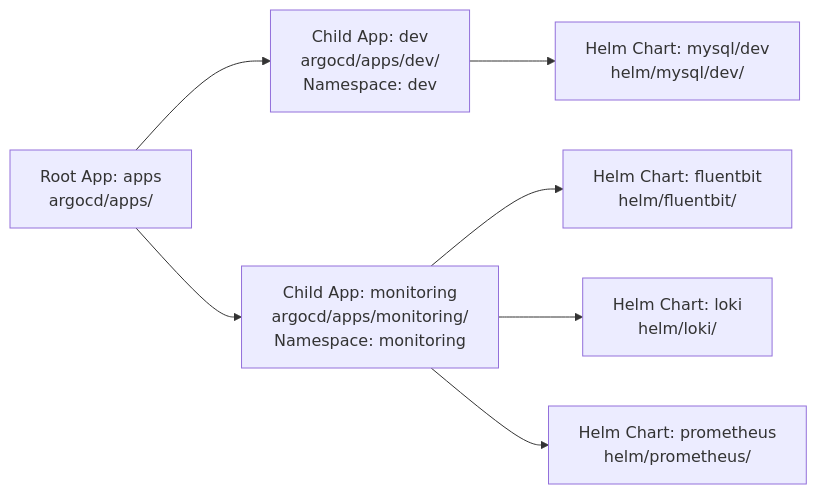
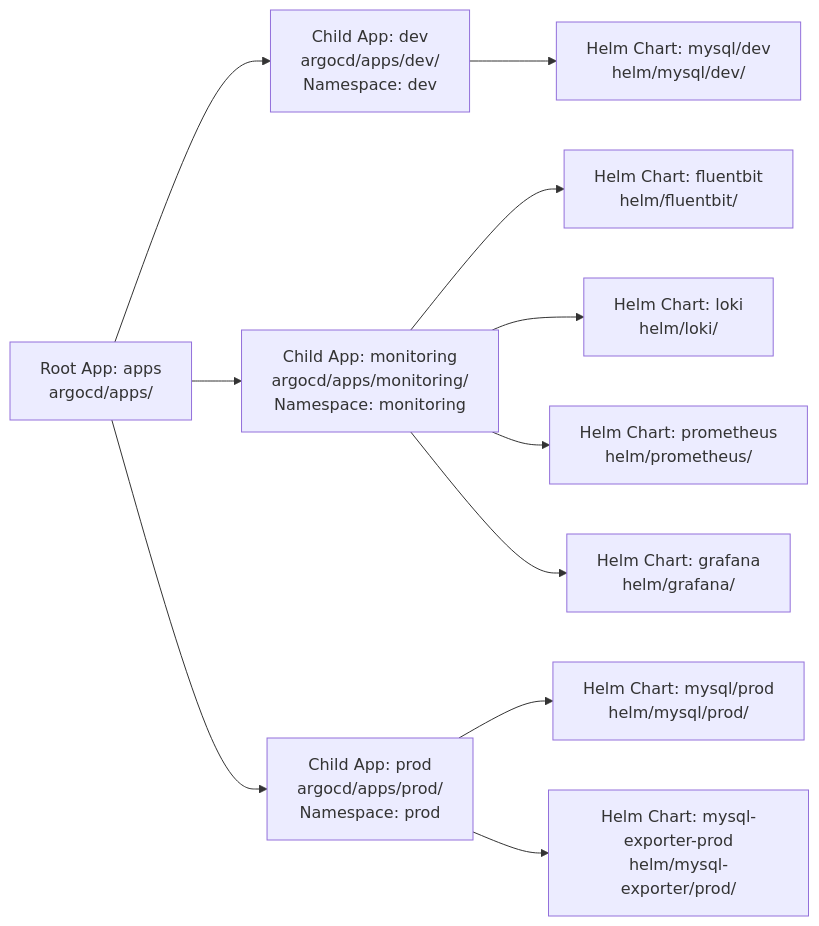
Before and after one commit to minhntt1/local-infra: the diagram in argocd/README.md, drawn with Mermaid. The commit also changed other lines of this file and 24 other files, not shown here.

First line of the commit message:
feat: add Helm charts and ArgoCD apps for mysql-prod, mysql-exporter-prod, grafana

````diff
--- a/argocd/README.md
+++ b/argocd/README.md
@@ -9,10 +9,14 @@
 ```mermaid
 flowchart LR
     ROOT["Root App: apps\nargocd/apps/"] --> DEV["Child App: dev\nargocd/apps/dev/\nNamespace: dev"]
     ROOT --> MON["Child App: monitoring\nargocd/apps/monitoring/\nNamespace: monitoring"]
+    ROOT --> PROD["Child App: prod\nargocd/apps/prod/\nNamespace: prod"]
 
     DEV --> MYSQL["Helm Chart: mysql/dev\nhelm/mysql/dev/"]
     MON --> FB["Helm Chart: fluentbit\nhelm/fluentbit/"]
     MON --> LOKI["Helm Chart: loki\nhelm/loki/"]
     MON --> PROM["Helm Chart: prometheus\nhelm/prometheus/"]
+    PROD --> MYSQL_PROD["Helm Chart: mysql/prod\nhelm/mysql/prod/"]
+    PROD --> MYSQL_EXPORTER["Helm Chart: mysql-exporter-prod\nhelm/mysql-exporter/prod/"]
+    MON --> GRAFANA["Helm Chart: grafana\nhelm/grafana/"]
 ```
````
